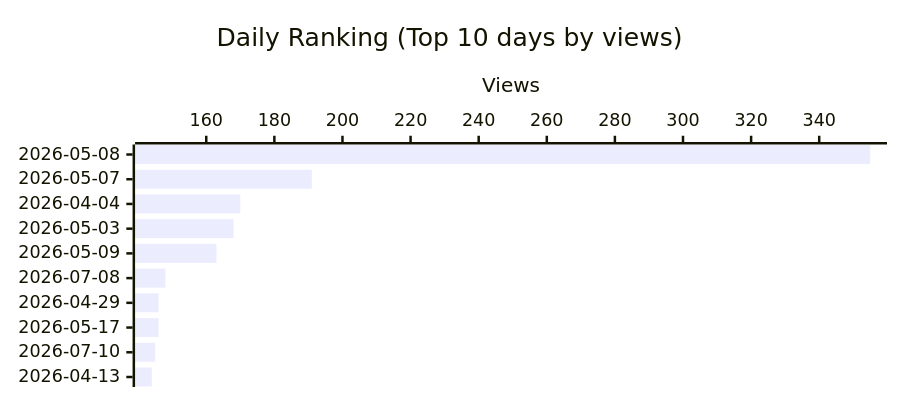
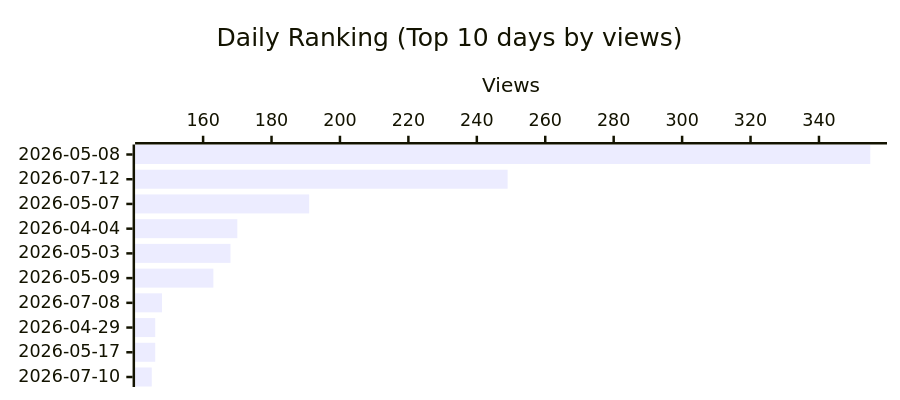
The third of 4 diagrams in README.md (shigechika/github-insights), drawn with Mermaid before and after one commit. The commit also changed other lines of this file and 2 other files, not shown here.

````diff
--- a/README.md
+++ b/README.md
@@ -43,12 +43,12 @@
 ```mermaid
 ---
 config:
   xyChart:
     height: 300
 ---
 xychart-beta horizontal
     title "Daily Ranking (Top 10 days by views)"
-    x-axis ["2026-05-08", "2026-05-07", "2026-04-04", "2026-05-03", "2026-05-09", "2026-07-08", "2026-04-29", "2026-05-17", "2026-07-10", "2026-04-13"]
+    x-axis ["2026-05-08", "2026-07-12", "2026-05-07", "2026-04-04", "2026-05-03", "2026-05-09", "2026-07-08", "2026-04-29", "2026-05-17", "2026-07-10"]
     y-axis "Views"
-    bar [355, 191, 170, 168, 163, 148, 146, 146, 145, 144]
+    bar [355, 249, 191, 170, 168, 163, 148, 146, 146, 145]
 ```
````
